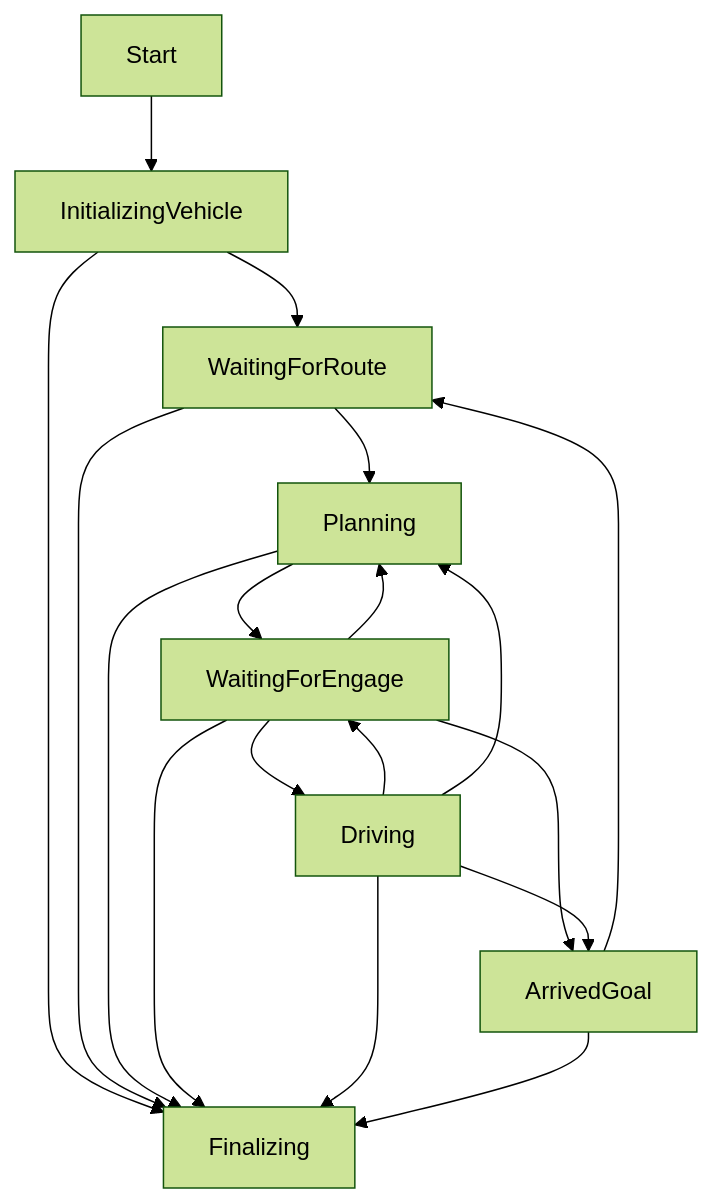
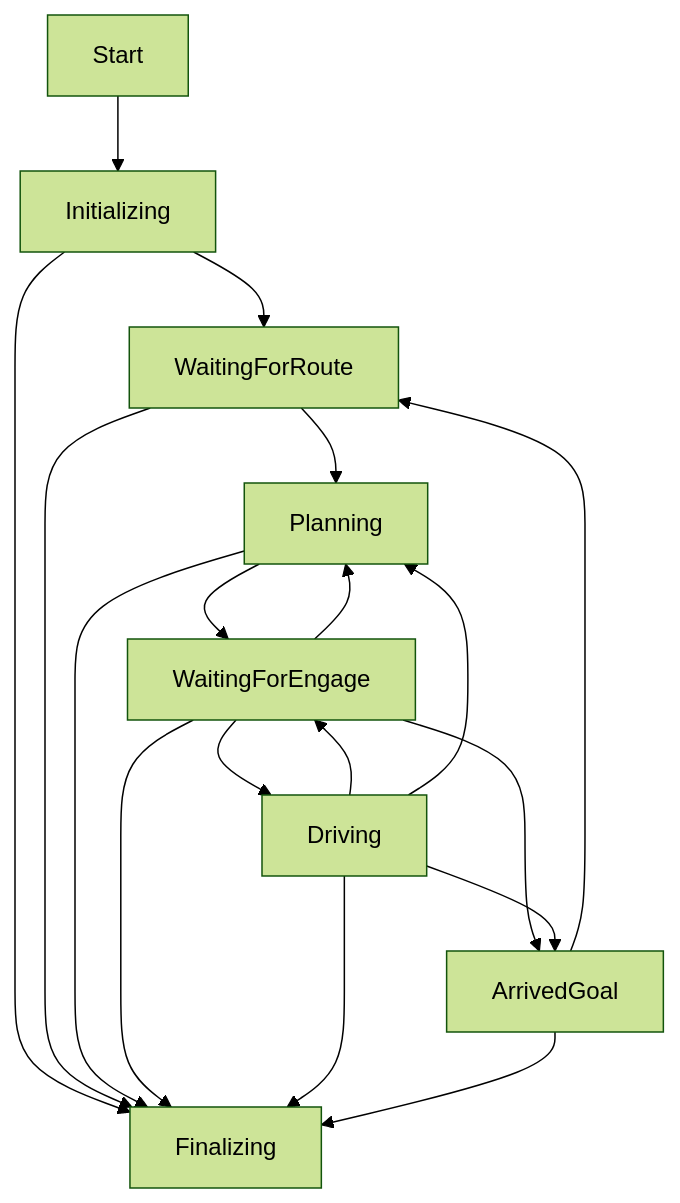
Before and after one commit to goodloop/autoware_auto_mirror: the diagram in src/system/autoware_state_monitor/design/autoware_state_monitor-design.md, drawn with Mermaid (forest theme). The commit also changed other lines of this file and 2 other files, not shown here.

Commit message:
Documentation update

````diff
--- a/src/system/autoware_state_monitor/design/autoware_state_monitor-design.md
+++ b/src/system/autoware_state_monitor/design/autoware_state_monitor-design.md
@@ -24,20 +24,20 @@
 ```mermaid
 graph TD
-    Start --> InitializingVehicle
-    InitializingVehicle --> WaitingForRoute
-    InitializingVehicle --> Finalizing
+    Start --> Initializing
+    Initializing --> WaitingForRoute
+    Initializing --> Finalizing
     WaitingForRoute --> Planning
     WaitingForRoute --> Finalizing
     Planning --> WaitingForEngage
     Planning --> Finalizing
     WaitingForEngage --> Driving
     WaitingForEngage --> Planning
     WaitingForEngage --> ArrivedGoal
     WaitingForEngage --> Finalizing
     Driving --> ArrivedGoal
     Driving --> WaitingForEngage
     Driving --> Planning
     Driving --> Finalizing
     ArrivedGoal --> WaitingForRoute
     ArrivedGoal --> Finalizing
 ```
````
